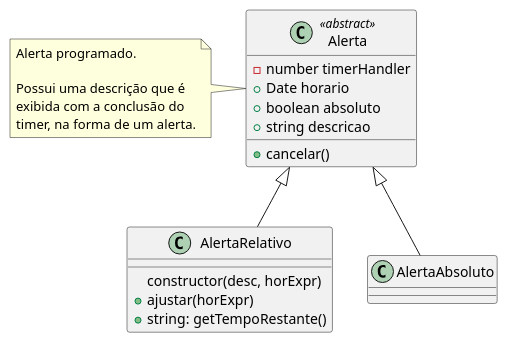
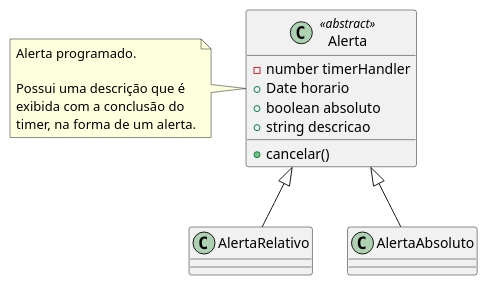
One commit to ruipimentel/plantuml-demo changed the diagram in classes.puml. Above: the diagram before and after it, drawn with PlantUML.

Commit message:
remove alerta relativo

```diff
--- a/classes.puml
+++ b/classes.puml
@@ -1,23 +1,17 @@
 @startuml "Classes"
 
 top to bottom direction
 
 class Alerta <<abstract>> {
   - number timerHandler
   + Date horario
   + boolean absoluto
   + string descricao
   + cancelar()
 }
 note left of Alerta : Alerta programado.\n\nPossui uma descrição que é\nexibida com a conclusão do\ntimer, na forma de um alerta.
 
-class AlertaRelativo {
-  constructor(desc, horExpr)
-  + ajustar(horExpr)
-  + string: getTempoRestante()
-}
-
 Alerta <|-- AlertaRelativo
 Alerta <|-- AlertaAbsoluto
 
 @enduml
```
